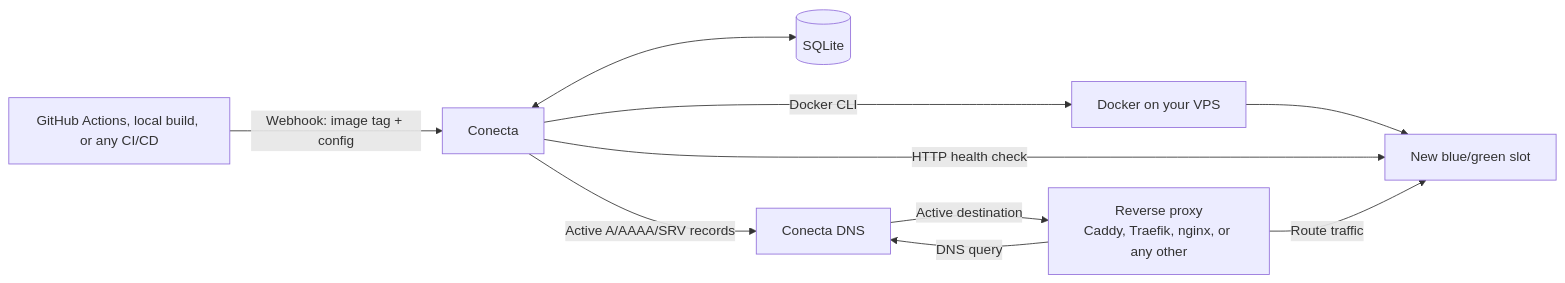
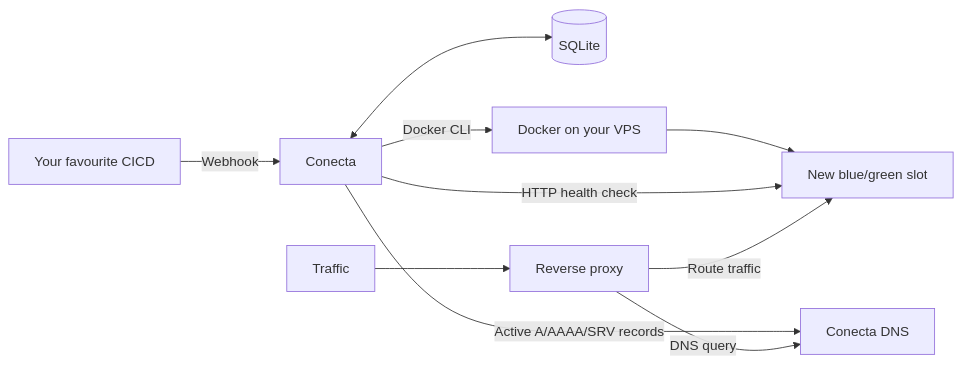
Before and after one commit to albersola/conecta: the diagram in README.md, drawn with Mermaid.

Commit message:
docs: refine README deployment diagram

````diff
--- a/README.md
+++ b/README.md
@@ -37,12 +37,12 @@
 ```mermaid
 flowchart LR
-    CI[GitHub Actions, local build, or any CI/CD] -->|Webhook: image tag + config| C[Conecta]
+    CI[Your favourite CICD] -->|Webhook| C[Conecta]
     C <--> DB[(SQLite)]
     C -->|Docker CLI| D[Docker on your VPS]
     D --> N[New blue/green slot]
     C -->|HTTP health check| N
     C -->|Active A/AAAA/SRV records| DNS[Conecta DNS]
-    P[Reverse proxy<br/>Caddy, Traefik, nginx, or any other] -->|DNS query| DNS
-    DNS -->|Active destination| P
+    P[Reverse proxy] -->|DNS query| DNS
     P -->|Route traffic| N
+    U[Traffic] --> P
 ```
````
